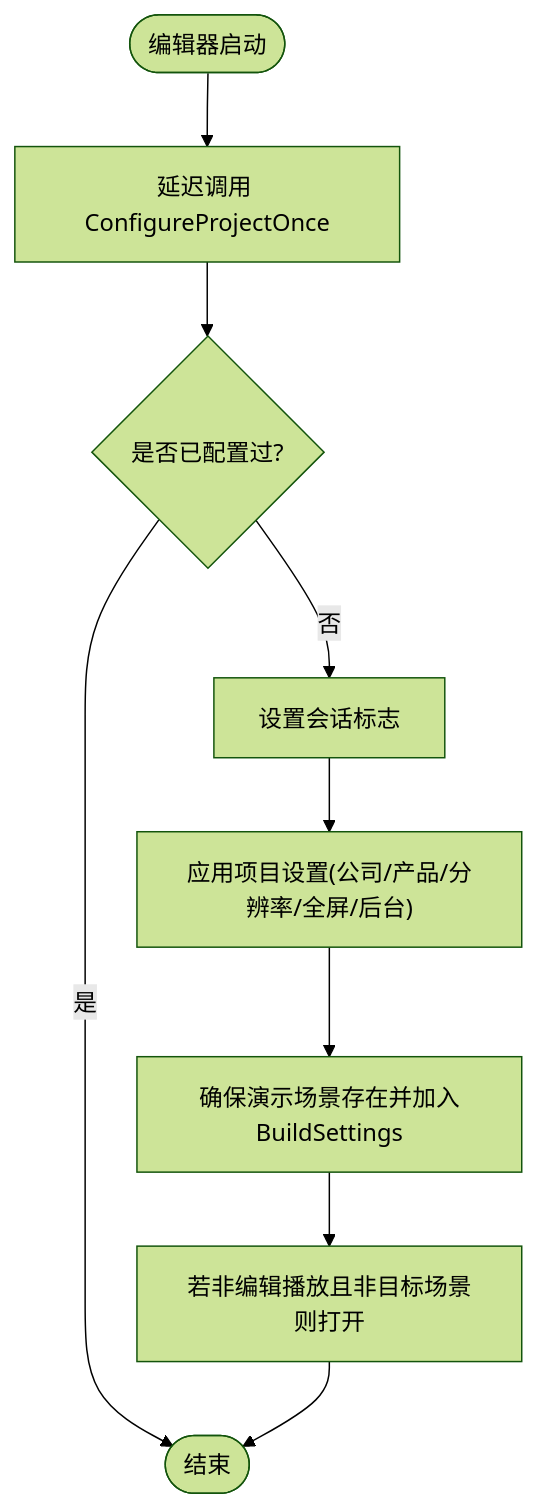
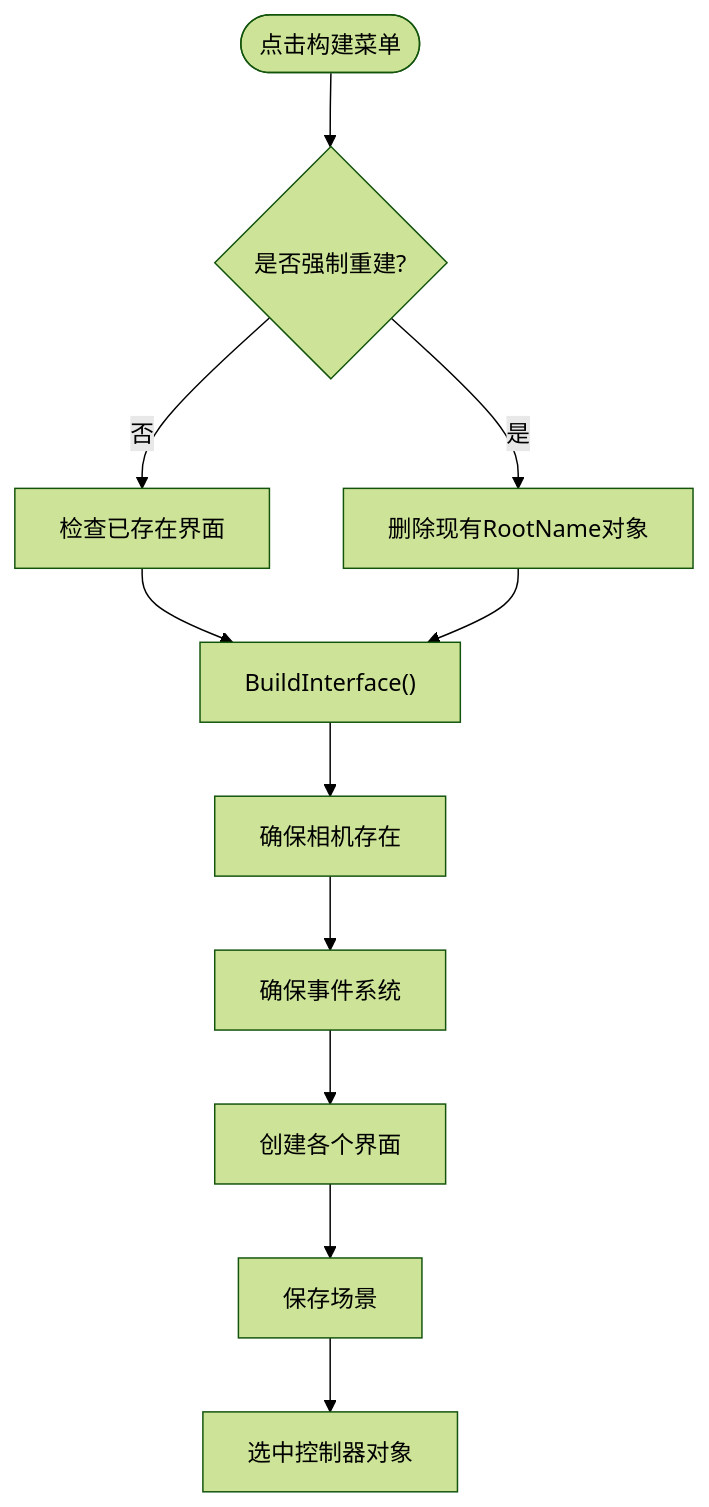
One commit to Thanatos42/-demo changed the third of 6 diagrams in .qoder/repowiki/zh/content/扩展开发指南.md. Above: the diagram before and after it, drawn with Mermaid (forest theme). The commit also changed other lines of this file and 56 other files, not shown here.

````diff
--- a/.qoder/repowiki/zh/content/扩展开发指南.md
+++ b/.qoder/repowiki/zh/content/扩展开发指南.md
@@ -92,11 +112,13 @@
 ```mermaid
 flowchart TD
-Start(["编辑器启动"]) --> Delay["延迟调用 ConfigureProjectOnce"]
-Delay --> Check{"是否已配置过?"}
-Check --> |是| End(["结束"])
-Check --> |否| SetFlags["设置会话标志"]
-SetFlags --> Apply["应用项目设置(公司/产品/分辨率/全屏/后台)"]
-Apply --> Ensure["确保演示场景存在并加入BuildSettings"]
-Ensure --> MaybeOpen["若非编辑播放且非目标场景则打开"]
-MaybeOpen --> End
+Start(["点击构建菜单"]) --> Check{"是否强制重建?"}
+Check --> |否| Preserve["检查已存在界面"]
+Check --> |是| Remove["删除现有RootName对象"]
+Preserve --> Build["BuildInterface()"]
+Remove --> Build
+Build --> EnsureCamera["确保相机存在"]
+EnsureCamera --> EnsureEventSystem["确保事件系统"]
+EnsureEventSystem --> CreateScreens["创建各个界面"]
+CreateScreens --> Save["保存场景"]
+Save --> Select["选中控制器对象"]
 ```
````
